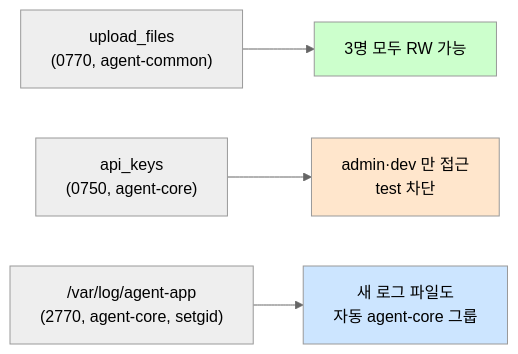
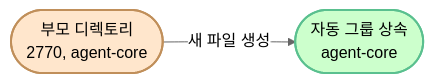
Before and after one commit to codewhite7777/codyssey_b1_1: the fifth of 8 diagrams in docs/spec-overview.md, drawn with Mermaid (neutral theme). The commit also changed other lines of this file, not shown here.

First line of the commit message:
docs(spec-overview): Mermaid 다이어그램 깔끔하게 다듬기

````diff
--- a/docs/spec-overview.md
+++ b/docs/spec-overview.md
@@ -181,10 +197,7 @@
 ```mermaid
 flowchart LR
-    A["upload_files<br/>(0770, agent-common)"] --> B["3명 모두 RW 가능"]
-    C["api_keys<br/>(0750, agent-core)"] --> D["admin·dev 만 접근<br/>test 차단"]
-    E["/var/log/agent-app<br/>(2770, agent-core, setgid)"] --> F["새 로그 파일도<br/>자동 agent-core 그룹"]
+    A([부모 디렉토리<br/>2770, agent-core]) -->|새 파일 생성| B([자동 그룹 상속<br/>agent-core])
 
-    style B fill:#ccffcc
-    style D fill:#ffe6cc
-    style F fill:#cce5ff
+    style A fill:#ffe6cc,stroke:#c08f5a,stroke-width:2px
+    style B fill:#ccffcc,stroke:#5ac08f,stroke-width:2px
 ```
````
